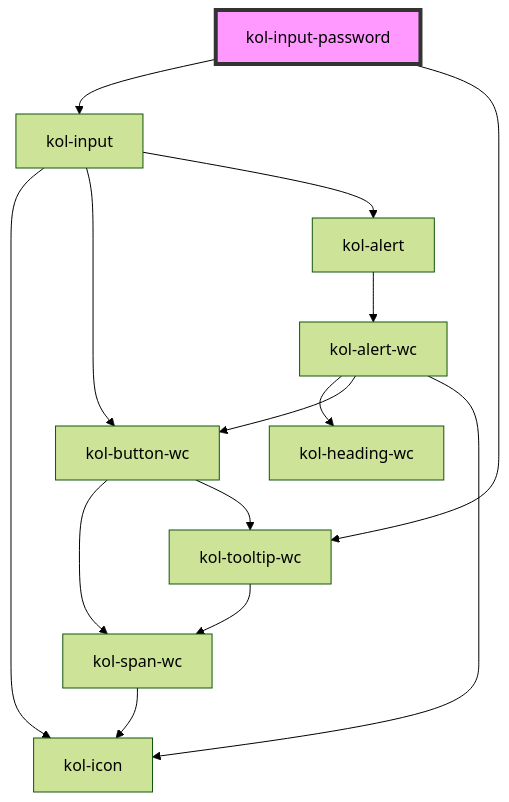
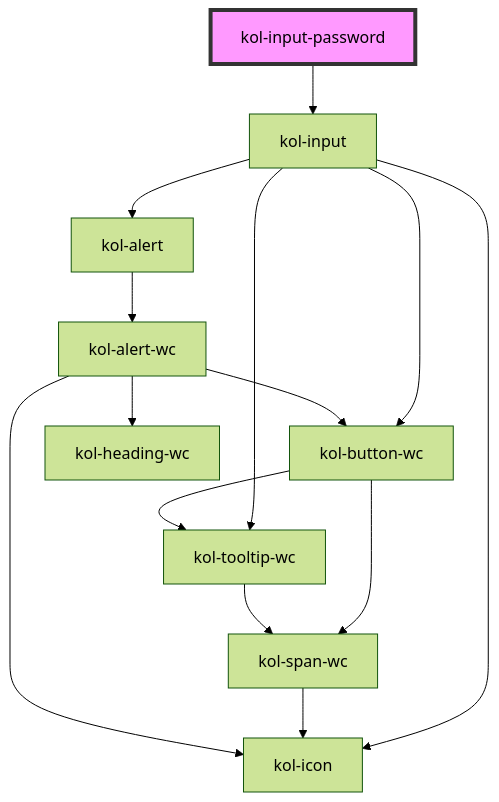
Before and after one commit to public-ui/kolibri: the diagram in packages/components/src/components/input-password/readme.md, drawn with Mermaid (forest theme). The commit also changed other lines of this file and 69 other files, not shown here.

Commit message:
refactor: input tooltip samples

````diff
--- a/packages/components/src/components/input-password/readme.md
+++ b/packages/components/src/components/input-password/readme.md
@@ -82,17 +81,17 @@
 ```mermaid
 graph TD;
   kol-input-password --> kol-input
-  kol-input-password --> kol-tooltip-wc
   kol-input --> kol-icon
   kol-input --> kol-button-wc
+  kol-input --> kol-tooltip-wc
   kol-input --> kol-alert
   kol-button-wc --> kol-span-wc
   kol-button-wc --> kol-tooltip-wc
   kol-span-wc --> kol-icon
   kol-tooltip-wc --> kol-span-wc
   kol-alert --> kol-alert-wc
   kol-alert-wc --> kol-heading-wc
   kol-alert-wc --> kol-button-wc
   kol-alert-wc --> kol-icon
   style kol-input-password fill:#f9f,stroke:#333,stroke-width:4px
 ```
````
